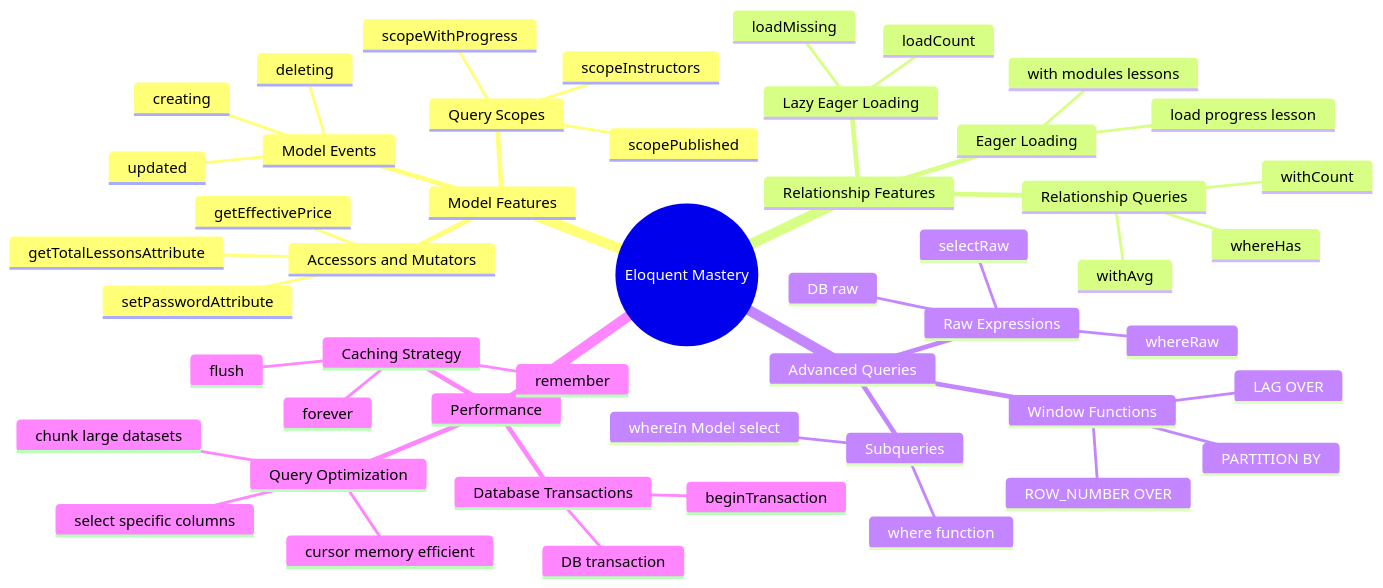
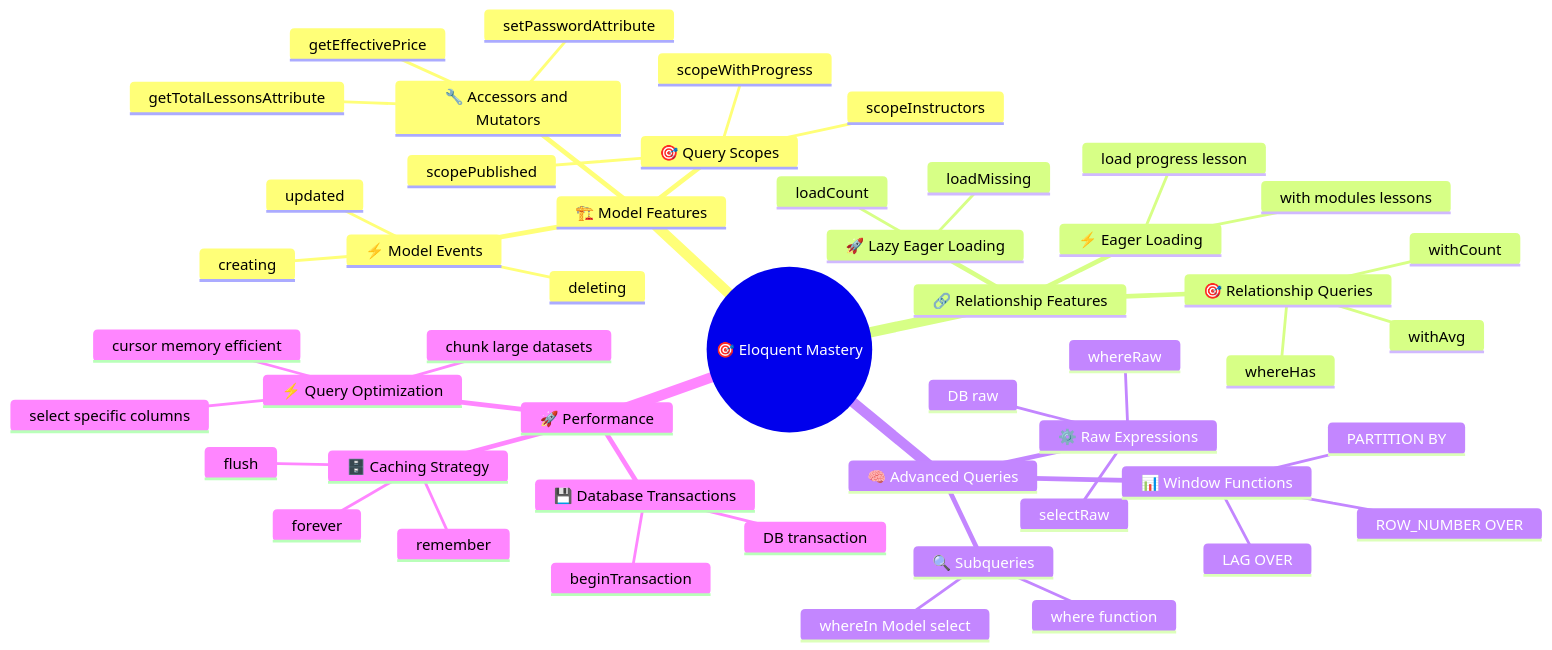
The third of 8 diagrams in README.md (Shakhoyat/learning_management_system), drawn with Mermaid before and after one commit. The commit also changed other lines of this file, not shown here.

````diff
--- a/README.md
+++ b/README.md
@@ -435,52 +435,52 @@
 ```mermaid
 mindmap
-  root((Eloquent Mastery))
-    Model Features
-      Accessors and Mutators
+  root((🎯 Eloquent Mastery))
+    🏗️ Model Features
+      🔧 Accessors and Mutators
         getTotalLessonsAttribute
         getEffectivePrice
         setPasswordAttribute
-      Query Scopes
+      🎯 Query Scopes
         scopeInstructors
         scopePublished
         scopeWithProgress
-      Model Events
+      ⚡ Model Events
         creating
         updated
         deleting
-    Relationship Features
-      Eager Loading
+    🔗 Relationship Features
+      ⚡ Eager Loading
         with modules lessons
         load progress lesson
-      Lazy Eager Loading
+      🚀 Lazy Eager Loading
         loadMissing
         loadCount
-      Relationship Queries
+      🎯 Relationship Queries
         whereHas
         withCount
         withAvg
-    Advanced Queries
-      Raw Expressions
+    🧠 Advanced Queries
+      ⚙️ Raw Expressions
         DB raw
         selectRaw
         whereRaw
-      Subqueries
+      🔍 Subqueries
         where function
         whereIn Model select
-      Window Functions
+      📊 Window Functions
         ROW_NUMBER OVER
         LAG OVER
         PARTITION BY
-    Performance
-      Database Transactions
+    🚀 Performance
+      💾 Database Transactions
         DB transaction
         beginTransaction
-      Query Optimization
+      ⚡ Query Optimization
         select specific columns
         chunk large datasets
         cursor memory efficient
-      Caching Strategy
+      🗄️ Caching Strategy
         remember
         forever
         flush
 ```
````
